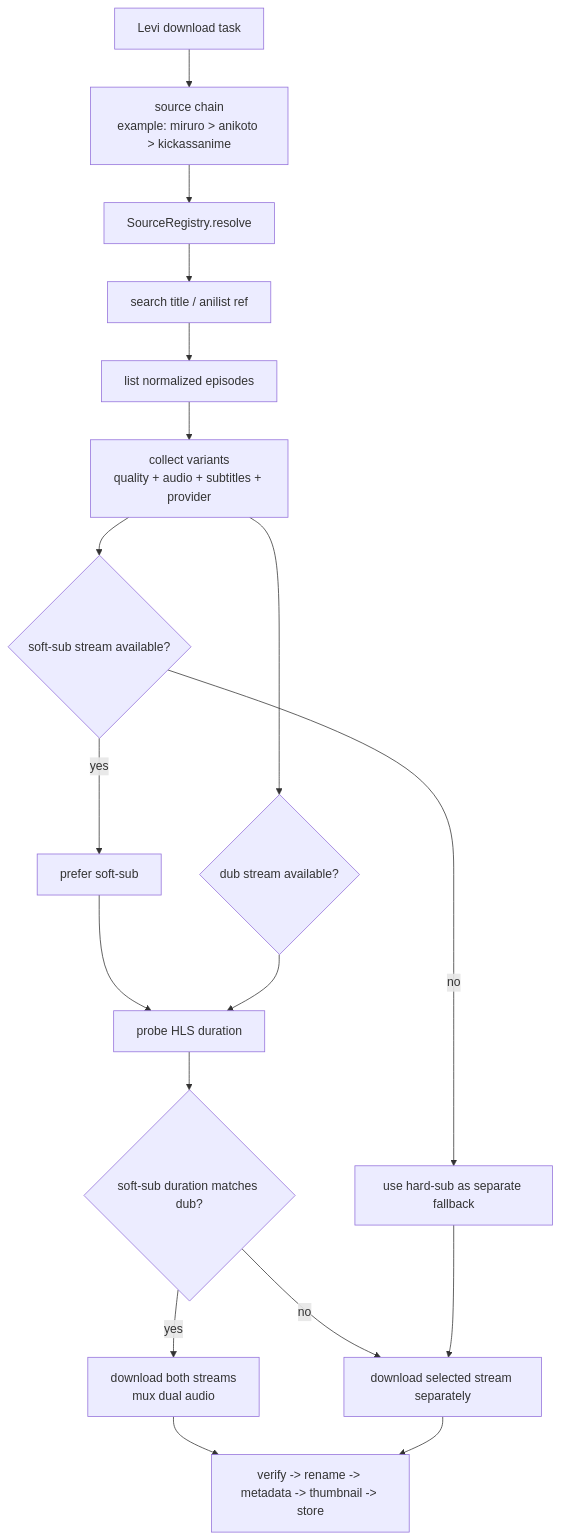
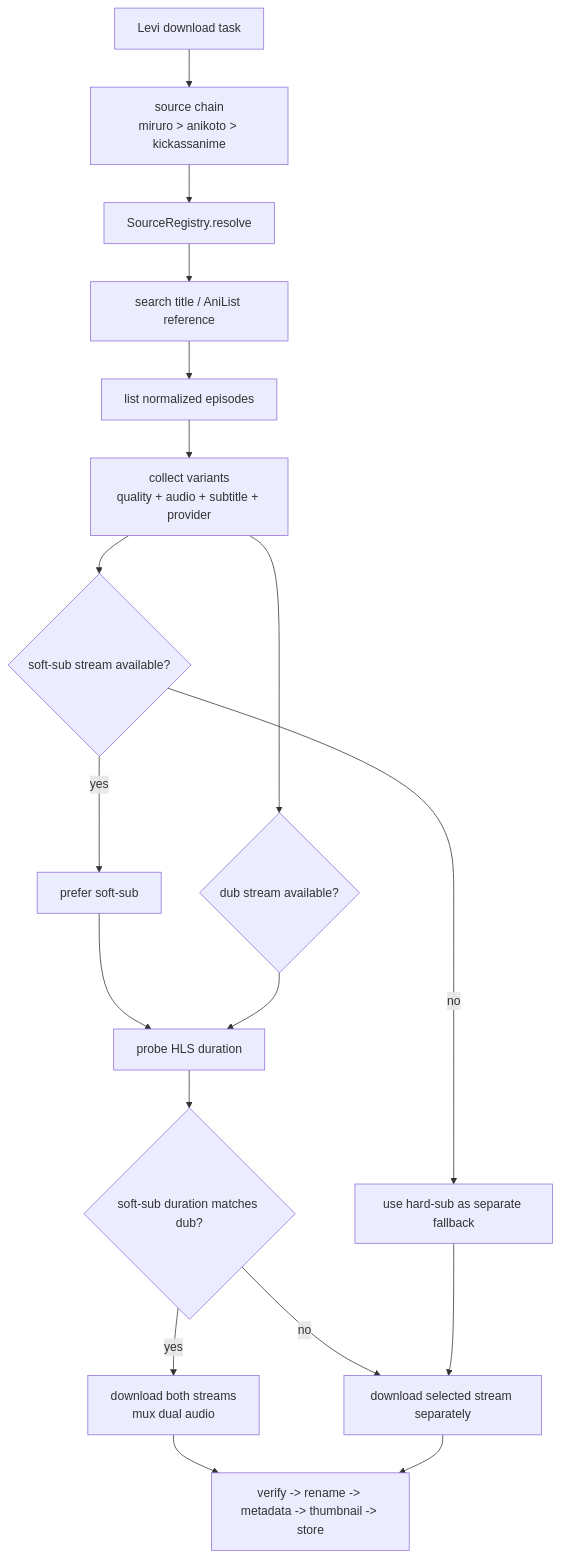
One commit to arefin-raian/Kuro-Soden changed the sixth of 7 diagrams in README.md. Above: the diagram before and after it, drawn with Mermaid. The commit also changed other lines of this file, not shown here.

````diff
--- a/README.md
+++ b/README.md
@@ -381,22 +451,22 @@
 ```mermaid
 flowchart TD
-    request["Levi download task"] --> chain["source chain<br/>example: miruro > anikoto > kickassanime"]
+    request["Levi download task"] --> chain["source chain<br/>miruro > anikoto > kickassanime"]
     chain --> resolve["SourceRegistry.resolve"]
-    resolve --> search["search title / anilist ref"]
+    resolve --> search["search title / AniList reference"]
     search --> episodes["list normalized episodes"]
-    episodes --> variants["collect variants<br/>quality + audio + subtitles + provider"]
+    episodes --> variants["collect variants<br/>quality + audio + subtitle + provider"]
 
     variants --> soft{"soft-sub stream available?"}
     soft -->|yes| sub["prefer soft-sub"]
     soft -->|no| hsub["use hard-sub as separate fallback"]
 
     variants --> dub{"dub stream available?"}
     sub --> duration["probe HLS duration"]
     dub --> duration
     duration --> match{"soft-sub duration matches dub?"}
     match -->|yes| dual["download both streams<br/>mux dual audio"]
     match -->|no| separate["download selected stream separately"]
     hsub --> separate
     dual --> processing["verify -> rename -> metadata -> thumbnail -> store"]
     separate --> processing
 ```
````
